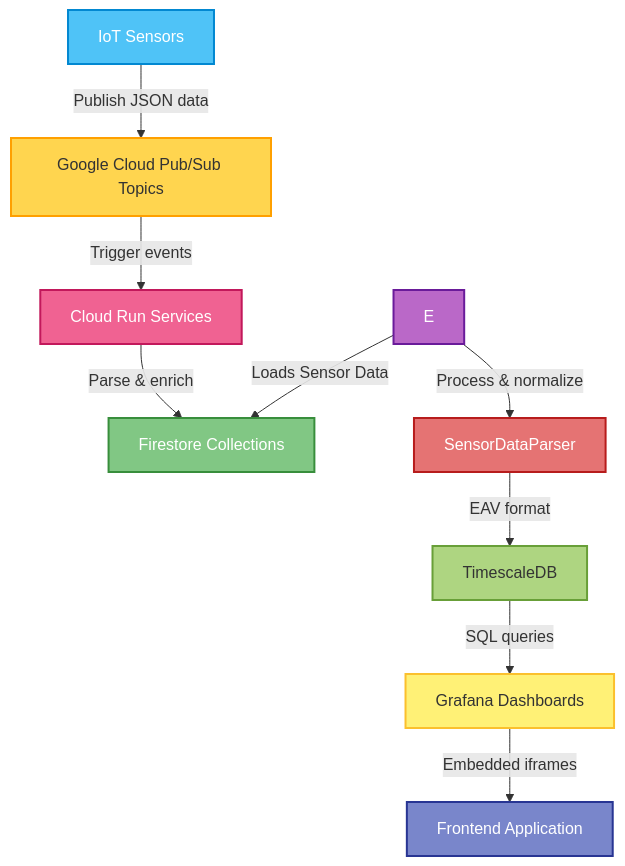
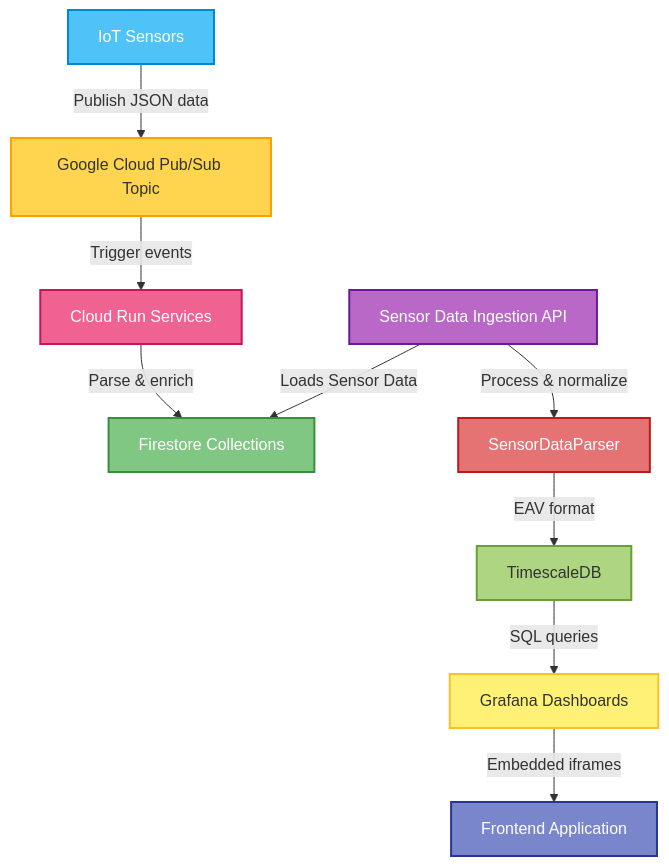
The diagram in docs/01_Functional_Specification.md (SamuliLam/firestore-grafana-pipeline), drawn with Mermaid before and after one commit.

````diff
--- a/docs/01_Functional_Specification.md
+++ b/docs/01_Functional_Specification.md
@@ -85,21 +85,22 @@
 ```mermaid
 graph TD
-    A[IoT Sensors] -->|Publish JSON data| B[Google Cloud Pub/Sub Topics]
+    E[Sensor Data Ingestion API]
+    A[IoT Sensors] -->|Publish JSON data| B[Google Cloud Pub/Sub Topic]
     B -->|Trigger events| C[Cloud Run Services]
     C -->|Parse & enrich| D[Firestore Collections]
     E -->|Loads Sensor Data| D[Firestore Collections]
     E -->|Process & normalize| F[SensorDataParser]
     F -->|EAV format| G[TimescaleDB]
     G -->|SQL queries| H[Grafana Dashboards]
     H -->|Embedded iframes| I[Frontend Application]
     
     style A fill:#4FC3F7,stroke:#0288D1,stroke-width:2px,color:#fff
 style B fill:#FFD54F,stroke:#FFA000,stroke-width:2px,color:#333
 style C fill:#F06292,stroke:#C2185B,stroke-width:2px,color:#fff
 style D fill:#81C784,stroke:#388E3C,stroke-width:2px,color:#fff
 style E fill:#BA68C8,stroke:#6A1B9A,stroke-width:2px,color:#fff
 style F fill:#E57373,stroke:#B71C1C,stroke-width:2px,color:#fff
 style G fill:#AED581,stroke:#689F38,stroke-width:2px,color:#333
 style H fill:#FFF176,stroke:#FBC02D,stroke-width:2px,color:#333
 style I fill:#7986CB,stroke:#283593,stroke-width:2px,color:#fff
 ```
````
